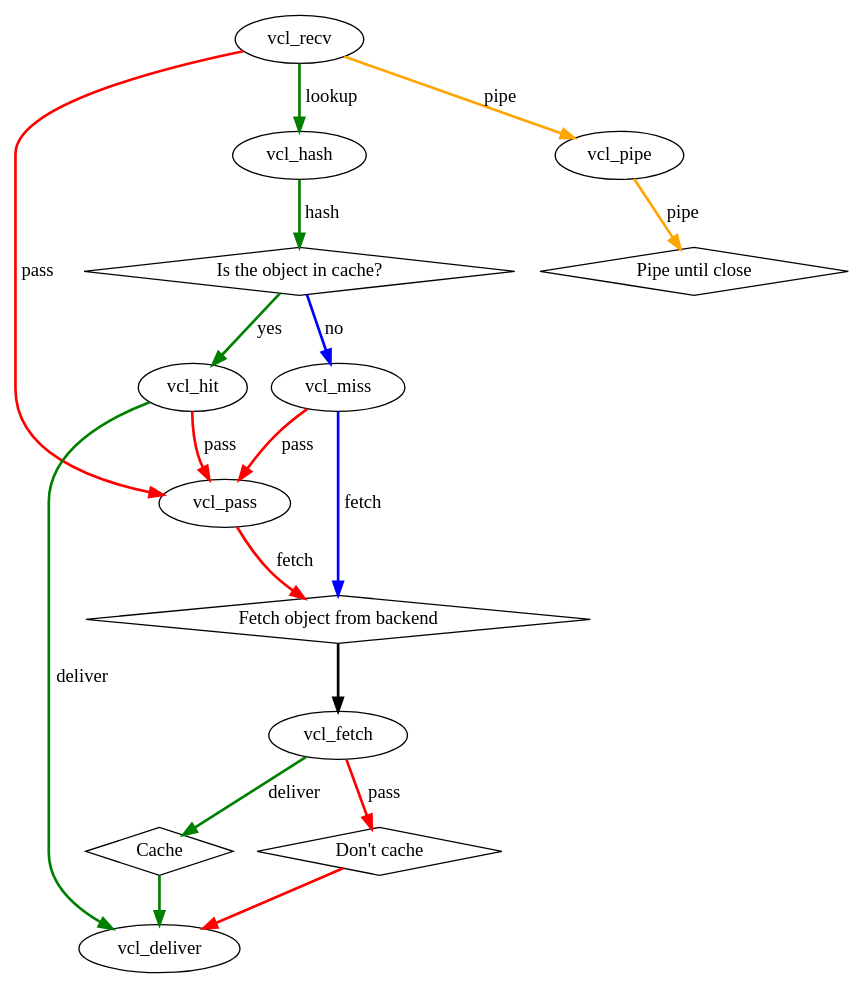
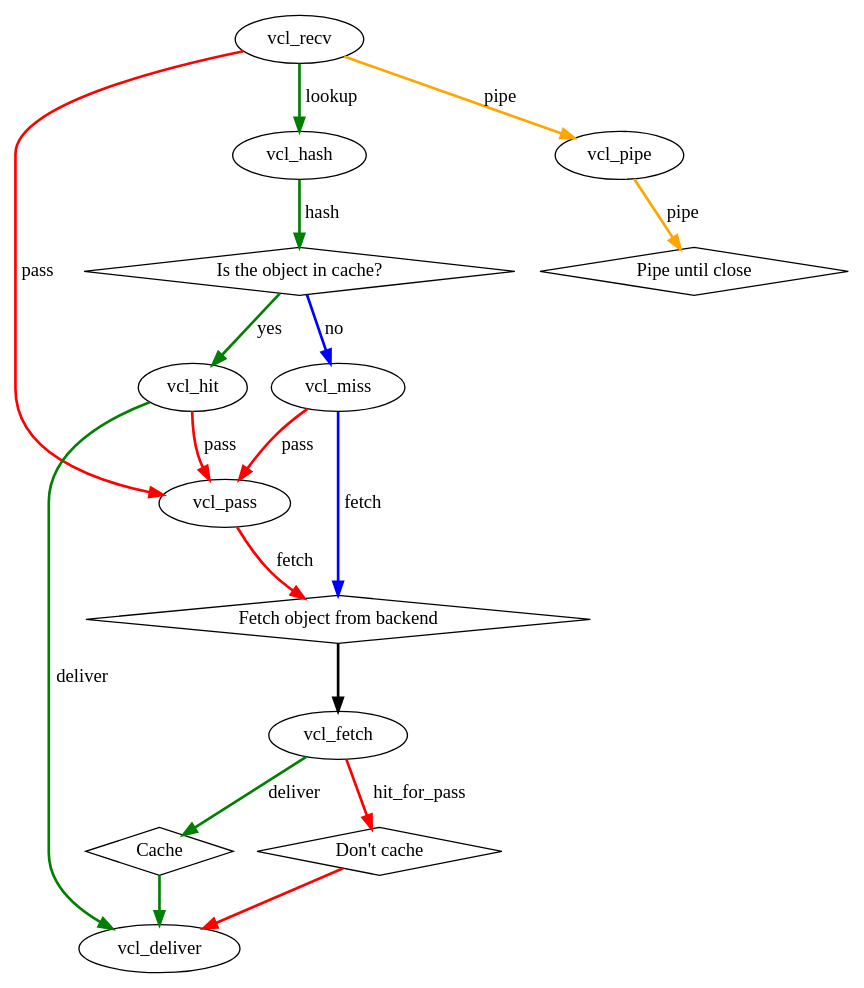
One commit to varnish/Varnish-Book changed the diagram in ui/img/vcl.dot. Above: the diagram before and after it, drawn with Graphviz.

Commit message:
vcl_fetch can't return pass, it returns hit_for_pass these days

```diff
--- a/ui/img/vcl.dot
+++ b/ui/img/vcl.dot
@@ -1,47 +1,47 @@
 
 digraph v_center {
 center=1
 
 vcl_recv->vcl_pass [ label="pass" weight=1 color=red style=bold ]
 vcl_recv->vcl_hash [ label="lookup" weight=4 color=green style=bold ]
 vcl_recv->vcl_pipe [ label="pipe" weight=1 color=orange style=bold ]
 
 vcl_pipe->pipe [ weight=1 label="pipe" color=orange  style=bold ]
 vcl_hash->lookup [ label="hash" weight=4 color=green style=bold ]
 lookup->vcl_hit [ label="yes" weight=4 color=green style=bold ]
 lookup->vcl_miss [ label="no" weight=4 color=blue style=bold ]
 
 vcl_hit->vcl_deliver [ label="deliver" weight=2 color=green style=bold ]
 vcl_hit->vcl_pass [ label="pass" weight=1 color=red style=bold ]
 vcl_miss->fetch [ label="fetch" weight=3 color=blue style=bold ]
 vcl_miss->vcl_pass [ label="pass" weight=1 color=red style=bold ]
 vcl_pass->fetch [ label="fetch" weight=2 color=red style=bold ]
 fetch->vcl_fetch [ weight=4 style=bold ]
 
 vcl_fetch->cache [ label="deliver" color=green style=bold ]
-vcl_fetch->dont_cache [ label="pass" color=red style=bold ]
+vcl_fetch->dont_cache [ label="hit_for_pass" color=red style=bold ]
 cache->vcl_deliver [ weight=2 color=green style=bold ]
 dont_cache->vcl_deliver [ color=red style=bold ]
 
 
 pipe [ shape=diamond label="Pipe until close" ]
 dont_cache [
 	shape=diamond
 	label="Don't cache"
 ]
 
 cache [
 	shape=diamond
 	label="Cache"
 ]
 lookup [
 	shape=diamond
 	label="Is the object in cache?"
 ]
 
 fetch [
 	shape=diamond
 	label="Fetch object from backend"
 ]
 
 }
```
